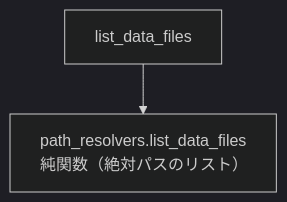
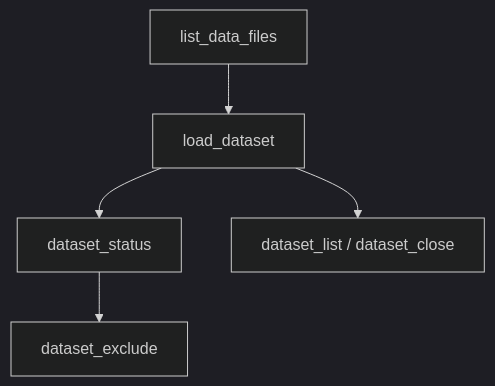
Before and after one commit to systemsomicslab/Metabolomix_with_LLM: the diagram in docs/workflow/dataset.md, drawn with Mermaid (dark theme). The commit also changed other lines of this file and 48 other files, not shown here.

````diff
--- a/docs/workflow/dataset.md
+++ b/docs/workflow/dataset.md
@@ -6,4 +10,7 @@
 ```mermaid
 flowchart TD
-    LDF[list_data_files] --> PR[path_resolvers.list_data_files<br/>純関数（絶対パスのリスト）]
+    LDF[list_data_files] --> LD[load_dataset]
+    LD --> ST[dataset_status]
+    ST --> EX[dataset_exclude]
+    LD --> LS[dataset_list / dataset_close]
 ```
````
